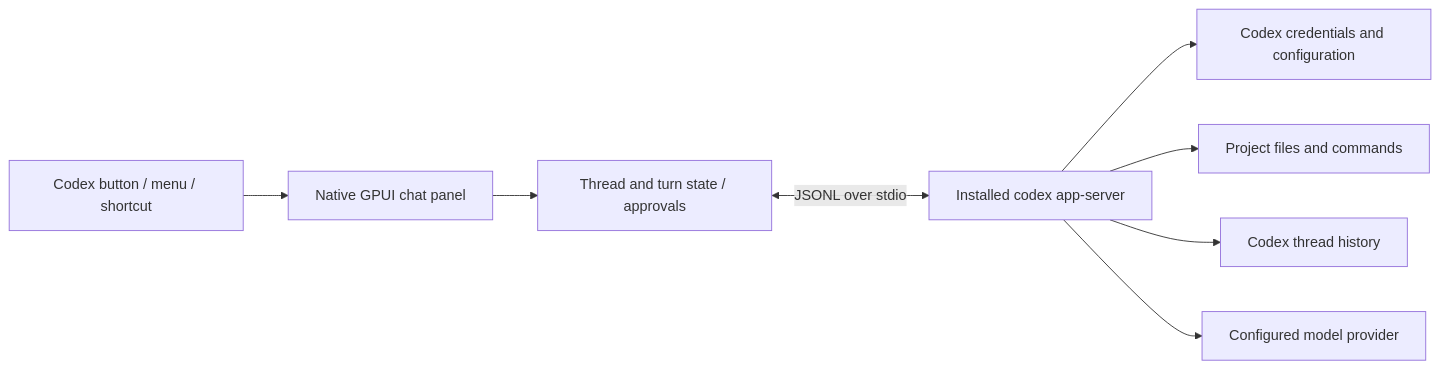
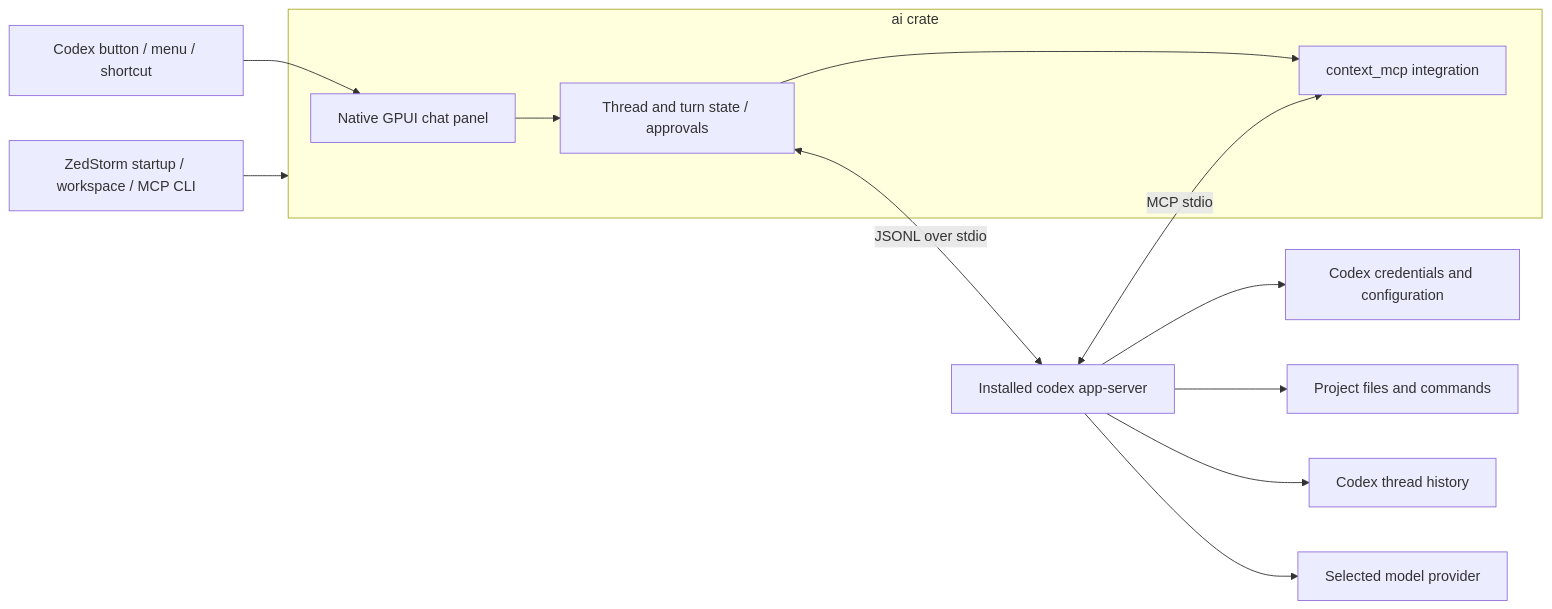
Before and after one commit to pheonixfirewingz/zedStorm: the diagram in docs/architecture/codex-cli.mmd, drawn with Mermaid. The commit also changed 87 other files, not shown here.

First line of the commit message:
Add context MCP server, extract AI crate, and remove cloud services

```diff
--- a/docs/architecture/codex-cli.mmd
+++ b/docs/architecture/codex-cli.mmd
@@ -1,8 +1,13 @@
 flowchart LR
-    Action[Codex button / menu / shortcut] --> Panel[Native GPUI chat panel]
-    Panel --> Protocol[Thread and turn state / approvals]
+    App[ZedStorm startup / workspace / MCP CLI] --> AI
+    Action[Codex button / menu / shortcut] --> Panel
+    subgraph AI[ai crate]
+        Panel[Native GPUI chat panel] --> Protocol[Thread and turn state / approvals]
+        Protocol --> MCP[context_mcp integration]
+    end
     Protocol <-->|JSONL over stdio| Server[Installed codex app-server]
     Server --> Config[Codex credentials and configuration]
     Server --> Tools[Project files and commands]
     Server --> History[Codex thread history]
-    Server --> Models[Configured model provider]
+    Server --> Models[Selected model provider]
+    Server <-->|MCP stdio| MCP
```
